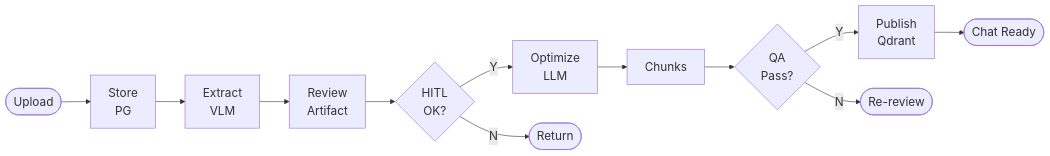
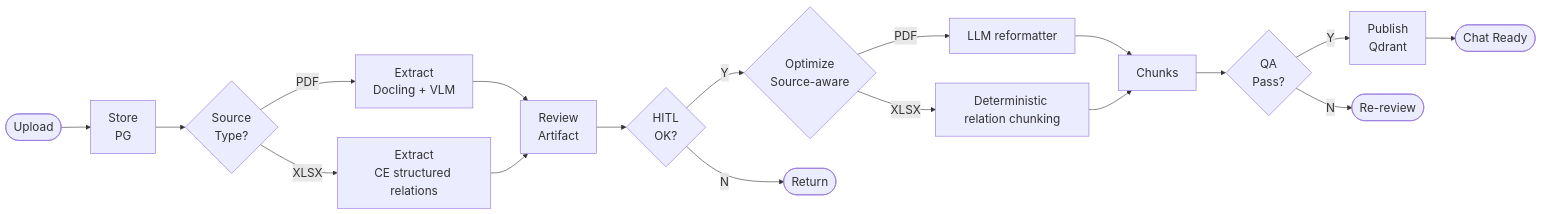
Before and after one commit to abedhossainn/PlantIQ: the fourth of 14 diagrams in docs/capstone/Final_Report.md, drawn with Mermaid. The commit also changed other lines of this file and 10 other files, not shown here.

````diff
--- a/docs/capstone/Final_Report.md
+++ b/docs/capstone/Final_Report.md
@@ -742,15 +765,21 @@
 ```mermaid
 %%{init: {'themeVariables': {'fontSize': '20px'}}}%%
 flowchart LR
     A(["Upload"]) --> B["Store<br/>PG"]
-    B --> C["Extract<br/>VLM"]
-    C --> D["Review<br/>Artifact"]
+   B --> C{"Source<br/>Type?"}
+   C -->|PDF| D1["Extract<br/>Docling + VLM"]
+   C -->|XLSX| D2["Extract<br/>CE structured relations"]
+   D1 --> D["Review<br/>Artifact"]
+   D2 --> D
     D --> E{"HITL<br/>OK?"}
-    E -->|Y| F["Optimize<br/>LLM"]
+   E -->|Y| F{"Optimize<br/>Source-aware"}
+   F -->|PDF| F1["LLM reformatter"]
+   F -->|XLSX| F2["Deterministic relation chunking"]
     E -->|N| G(["Return"])
-    F --> H["Chunks"]
+   F1 --> H["Chunks"]
+   F2 --> H
     H --> I{"QA<br/>Pass?"}
     I -->|Y| J["Publish<br/>Qdrant"]
     I -->|N| K(["Re-review"])
     J --> L(["Chat Ready"])
 ```
````
